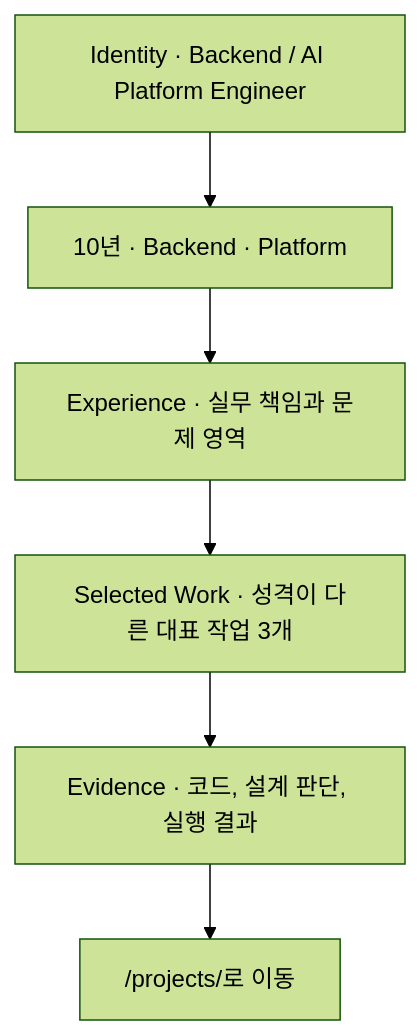
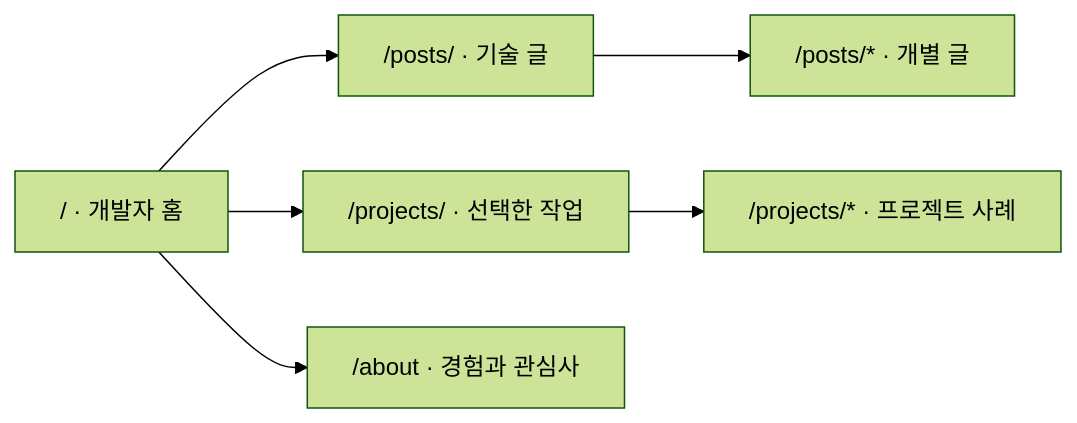
One commit to devcy0922/devcy0922.github.io changed the diagram in architecture.md. Above: the diagram before and after it, drawn with Mermaid (forest theme). The commit also changed other lines of this file and 30 other files, not shown here.

````diff
--- a/architecture.md
+++ b/architecture.md
@@ -28,8 +11,8 @@
 ```mermaid
-flowchart TB
-    Hero["Identity · Backend / AI Platform Engineer"] --> Scope["10년 · Backend · Platform"]
-    Scope --> Experience["Experience · 실무 책임과 문제 영역"]
-    Experience --> Projects["Selected Work · 성격이 다른 대표 작업 3개"]
-    Projects --> Evidence["Evidence · 코드, 설계 판단, 실행 결과"]
-    Evidence --> ProjectIndex["/projects/로 이동"]
+flowchart LR
+    Home["/ · 개발자 홈"] --> Posts["/posts/ · 기술 글"]
+    Home --> Projects["/projects/ · 선택한 작업"]
+    Home --> About["/about · 경험과 관심사"]
+    Posts --> Article["/posts/* · 개별 글"]
+    Projects --> Case["/projects/* · 프로젝트 사례"]
 ```
````
